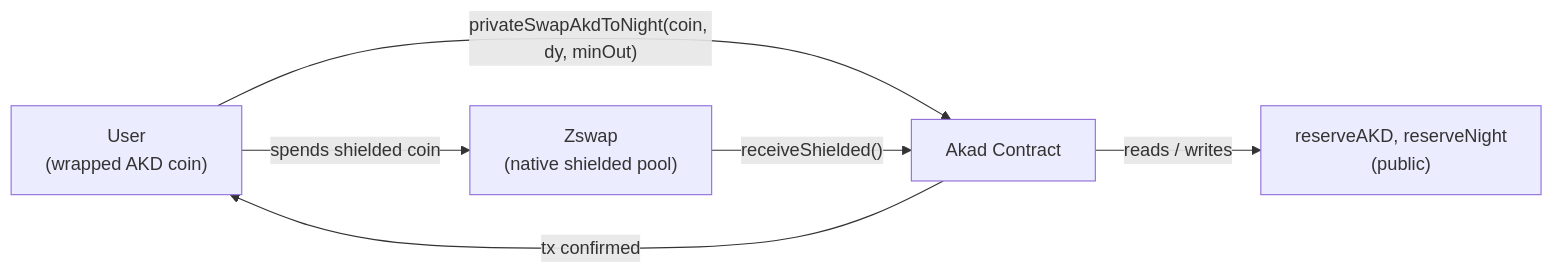
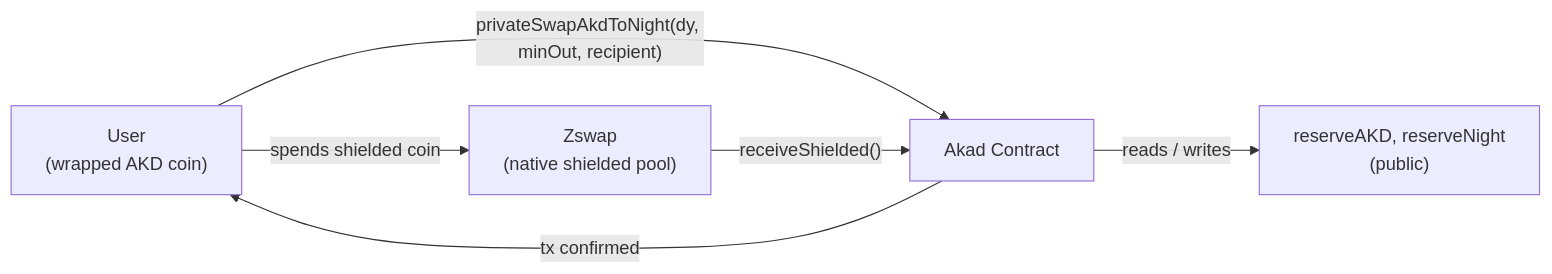
Before and after one commit to dzakwannajmi/akad: the fourth of 5 diagrams in README.md, drawn with Mermaid. The commit also changed other lines of this file, not shown here.

First line of the commit message:
docs: update README to the shielded-pair contract and add traction

````diff
--- a/README.md
+++ b/README.md
@@ -186,8 +186,8 @@
 ```mermaid
 flowchart LR
-  U["User<br/>(wrapped AKD coin)"] -->|"privateSwapAkdToNight(coin, dy, minOut)"| TC["Akad Contract"]
+  U["User<br/>(wrapped AKD coin)"] -->|"privateSwapAkdToNight(dy, minOut, recipient)"| TC["Akad Contract"]
   U -->|"spends shielded coin"| ZS["Zswap<br/>(native shielded pool)"]
   ZS -->|"receiveShielded()"| TC
   TC -->|"reads / writes"| R["reserveAKD, reserveNight<br/>(public)"]
   TC -->|"tx confirmed"| U
 ```
````
